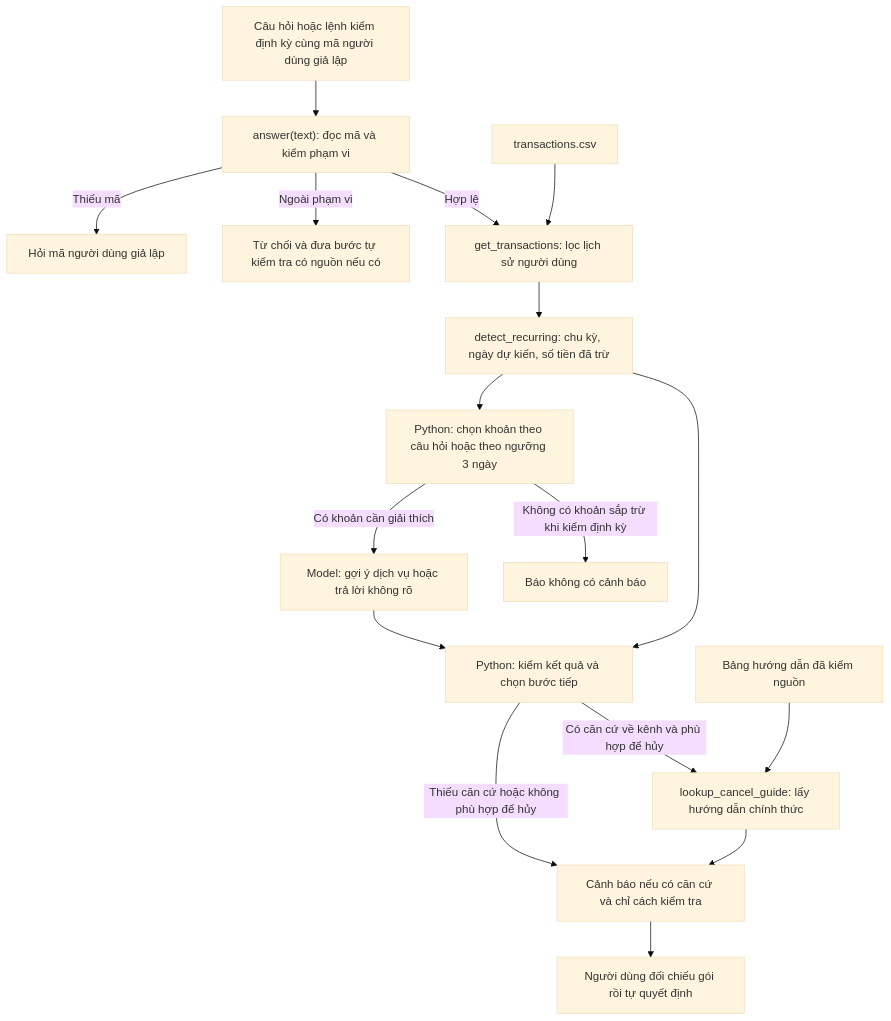
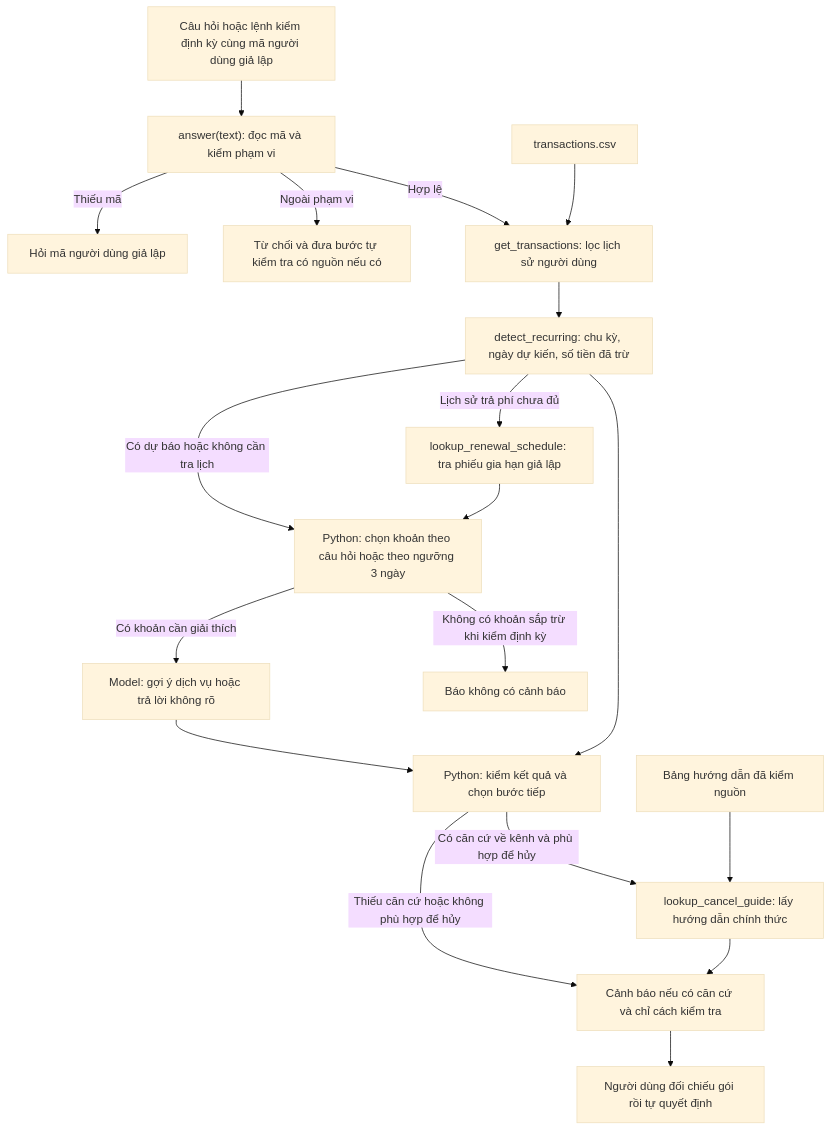
One commit to KhuatHieu/K5-Day15-L3A-4hackers2711 changed the diagram in spec.md. Above: the diagram before and after it, drawn with Mermaid (base theme). The commit also changed other lines of this file and 5 other files, not shown here.

Commit message:
codebase: lấy ngày gia hạn U01 từ lịch giả lập có nguồn

````diff
--- a/spec.md
+++ b/spec.md
@@ -69,19 +69,21 @@
 ```mermaid
 flowchart TD
     A["Câu hỏi hoặc lệnh kiểm định kỳ cùng mã người dùng giả lập"] --> B["answer(text): đọc mã và kiểm phạm vi"]
     B -->|Thiếu mã| M["Hỏi mã người dùng giả lập"]
     B -->|Ngoài phạm vi| R["Từ chối và đưa bước tự kiểm tra có nguồn nếu có"]
     B -->|Hợp lệ| C["get_transactions: lọc lịch sử người dùng"]
     T["transactions.csv"] --> C
     C --> D["detect_recurring: chu kỳ, ngày dự kiến, số tiền đã trừ"]
-    D --> P["Python: chọn khoản theo câu hỏi hoặc theo ngưỡng 3 ngày"]
+    D -->|Có dự báo hoặc không cần tra lịch| P["Python: chọn khoản theo câu hỏi hoặc theo ngưỡng 3 ngày"]
+    D -->|Lịch sử trả phí chưa đủ| S["lookup_renewal_schedule: tra phiếu gia hạn giả lập"]
+    S --> P
     P -->|Có khoản cần giải thích| E["Model: gợi ý dịch vụ hoặc trả lời không rõ"]
     P -->|Không có khoản sắp trừ khi kiểm định kỳ| N["Báo không có cảnh báo"]
     E --> F["Python: kiểm kết quả và chọn bước tiếp"]
     D --> F
     F -->|Có căn cứ về kênh và phù hợp để hủy| G["lookup_cancel_guide: lấy hướng dẫn chính thức"]
     L["Bảng hướng dẫn đã kiểm nguồn"] --> G
     F -->|Thiếu căn cứ hoặc không phù hợp để hủy| H["Cảnh báo nếu có căn cứ và chỉ cách kiểm tra"]
     G --> H
     H --> I["Người dùng đối chiếu gói rồi tự quyết định"]
 ```
````
